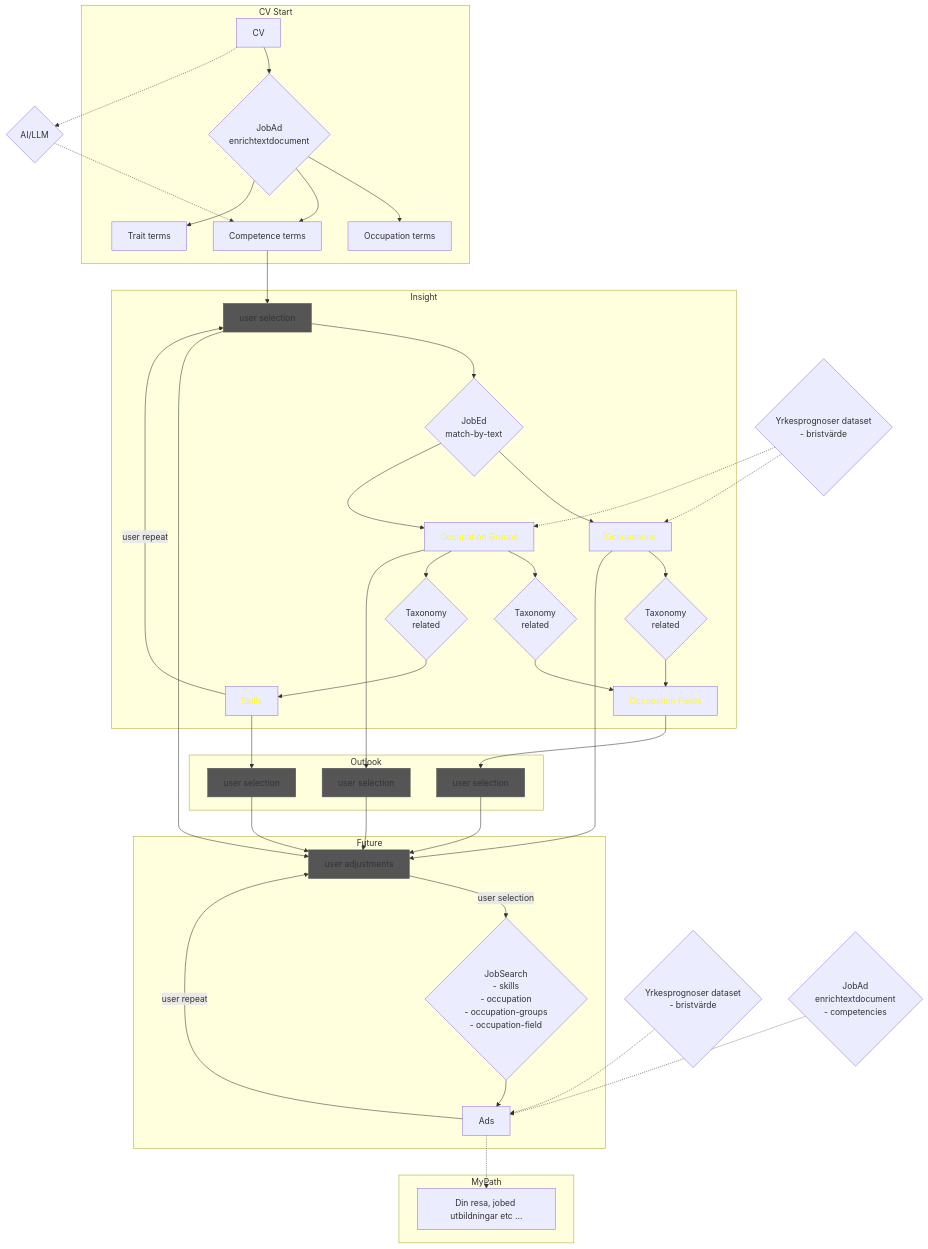
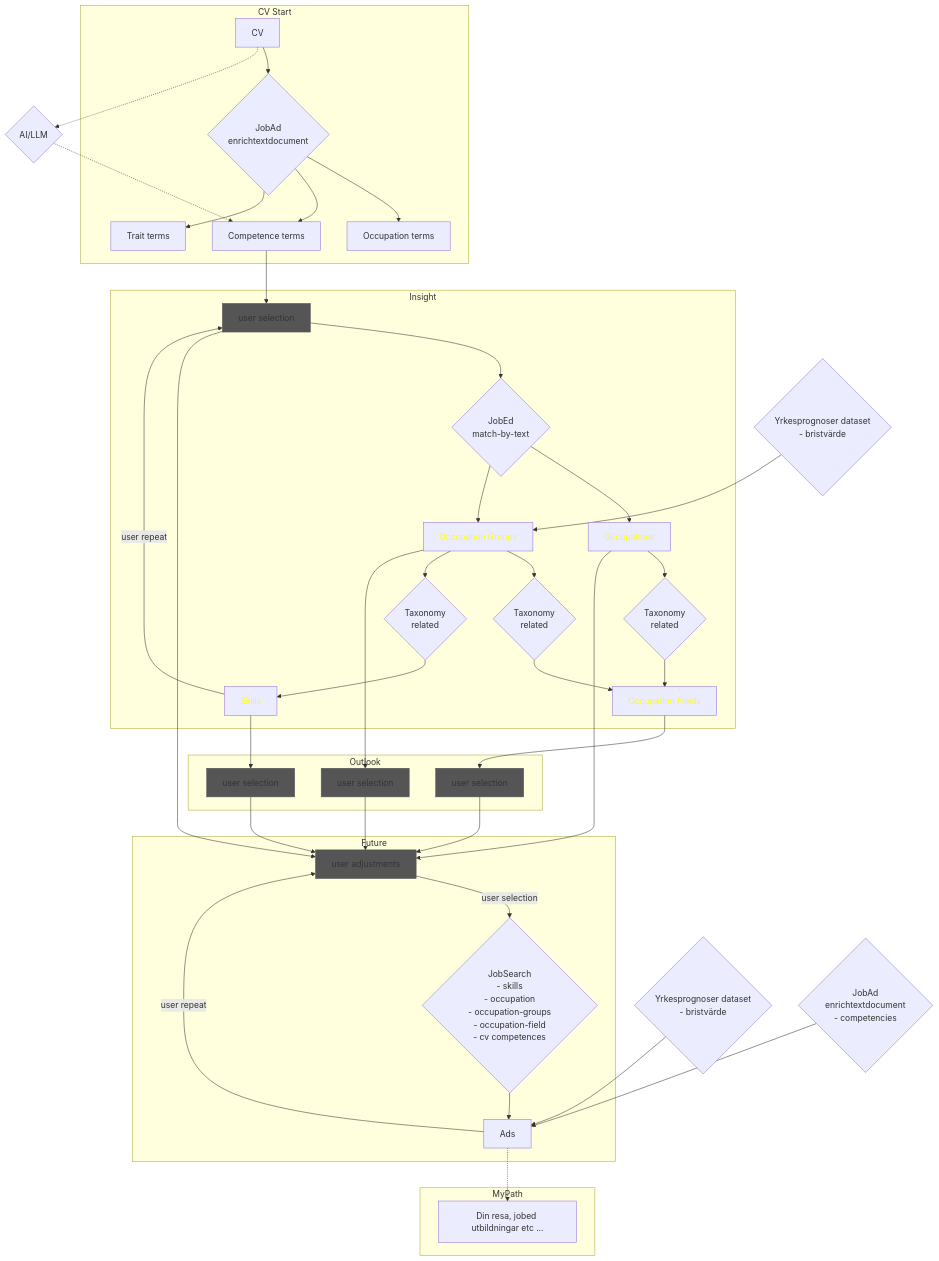
One commit to LearningArena/yrkesvagledning changed the diagram in README.md. Above: the diagram before and after it, drawn with Mermaid.

Commit message:
Mermaid graph updated to reflect code

````diff
--- a/README.md
+++ b/README.md
@@ -16,50 +16,49 @@
 ```mermaid
 
 flowchart TD
     classDef taxonomy color:#ff0
     classDef userselect fill:#555,stroke:#555
     subgraph CV Start
         B[CV] --> C{JobAd<br>enrichtextdocument}
         C --> E[Occupation terms]
         C --> D[Competence terms]
         C --> F[Trait terms]
     end
     B[CV] -.-> N{AI/LLM}
     N -.-> D
     subgraph Insight
         D --> V[user selection]:::userselect
         V --> G{JobEd<br>match-by-text}
         G --> H[Occupations]:::taxonomy
         G --> I[Occupation Groups]:::taxonomy
         H --> U{Taxonomy<br>related}
         I --> R{Taxonomy<br>related}
         R --> S[Occupation Fields]:::taxonomy
         U --> S
         I --> J{Taxonomy<br>related}
         J --> K[Skills]:::taxonomy
         K -->|user repeat| V
     end
-    Q{Yrkesprognoser dataset<br>- bristvärde} -.-> H
-    Q{Yrkesprognoser dataset<br>- bristvärde} -.-> I
+    Q{Yrkesprognoser dataset<br>- bristvärde} --> I
     subgraph Outlook
         K --> X[user selection]:::userselect
         S --> Y[user selection]:::userselect
         I --> Z[user selection]:::userselect
     end
     subgraph Future
         H --> AB[user adjustments]:::userselect
         V --> AB
         X --> AB
         Y --> AB
         Z --> AB
-        AB -->|user selection| L{JobSearch<br>- skills<br>- occupation<br>- occupation-groups<br>- occupation-field}
+        AB -->|user selection| L{JobSearch<br>- skills<br>- occupation<br>- occupation-groups<br>- occupation-field<br>- cv competences}
         L --> M[Ads<br>]
         M -->|user repeat| AB
     end
-    O{Yrkesprognoser dataset<br>- bristvärde} -.-> M
-    T{JobAd<br>enrichtextdocument<br>- competencies} -.-> M
+    O{Yrkesprognoser dataset<br>- bristvärde} --> M
+    T{JobAd<br>enrichtextdocument<br>- competencies} --> M
     subgraph MyPath
         M -.-> AC[Din resa, jobed utbildningar etc ...]
     end
 
 ```
````
